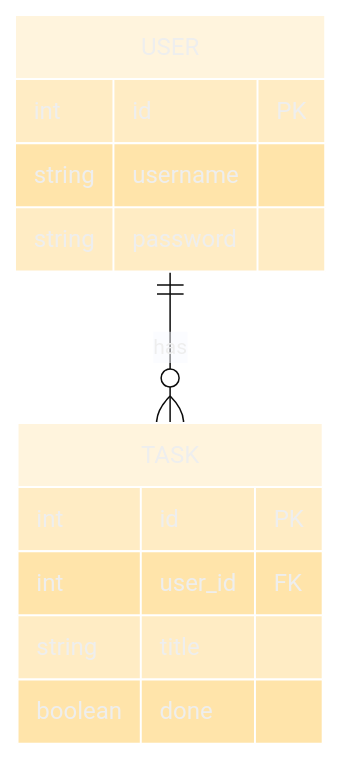
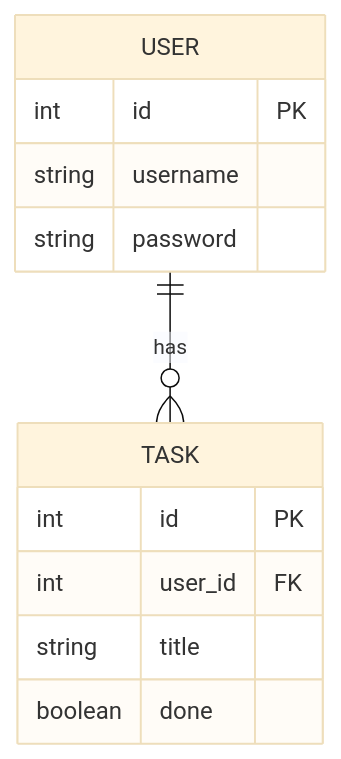
The diagram in README.md (youssefaltai/task50), drawn with Mermaid before and after one commit.

Commit message:
Reset ERD theme

````diff
--- a/README.md
+++ b/README.md
@@ -114,23 +114,22 @@
 ```mermaid
 %%{init:{
   'theme': 'base',
   'themeVariables': {
-    'darkMode': true
   }
 }}%%
 erDiagram
   USER ||--o{ TASK : has
 
   USER {
     int id PK
     string username
     string password
   }
 
   TASK {
     int id PK
     int user_id FK
     string title
     boolean done
   }
 ```
````
